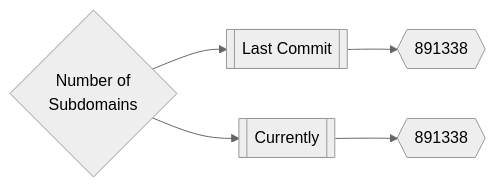
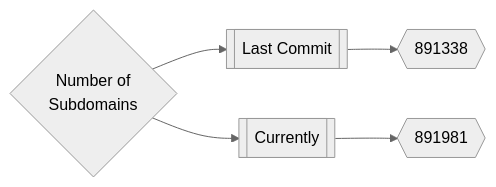
One commit to trickest/inventory changed the first of 3 diagrams in README.md. Above: the diagram before and after it, drawn with Mermaid (neutral theme). The commit also changed other lines of this file, not shown here.

````diff
--- a/README.md
+++ b/README.md
@@ -167,5 +167,5 @@
 ```mermaid
 graph LR
 title{Number of<br>Subdomains} --> subdomainsDate1[[Last Commit]] --> subdomainsNum1{{891338}}
-title --> subdomainsDate2[[Currently]] --> subdomainsNum2{{891338}}
+title --> subdomainsDate2[[Currently]] --> subdomainsNum2{{891981}}
 ```
````
